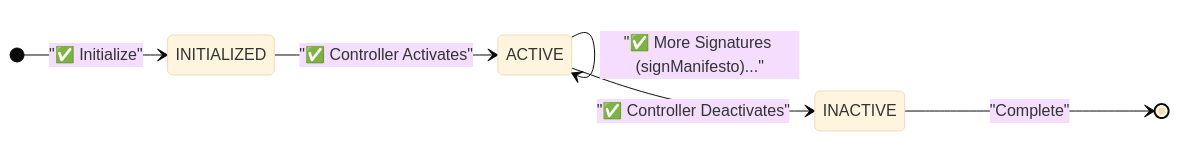
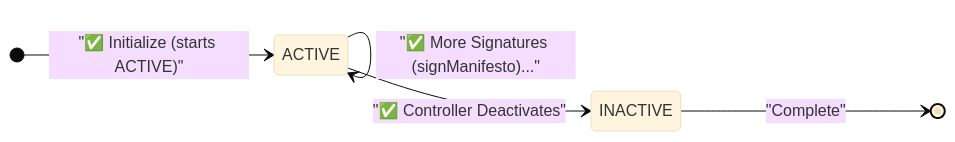
The second of 5 diagrams in lua-actor/src/tests/manifesto/manifesto.md (Consensys-Network-State/signet-execution-prototype), drawn with Mermaid (base theme) before and after one commit. The commit also changed other lines of this file and 7 other files, not shown here.

````diff
--- a/lua-actor/src/tests/manifesto/manifesto.md
+++ b/lua-actor/src/tests/manifesto/manifesto.md
@@ -38,11 +37,10 @@
 ```mermaid
 stateDiagram-v2
     direction LR
-    [*] --> INITIALIZED: "✅ Initialize"
-    INITIALIZED --> ACTIVE: "✅ Controller Activates"
+    [*] --> ACTIVE: "✅ Initialize (starts ACTIVE)"
     ACTIVE --> ACTIVE: "✅ Alice Signs (signManifesto)"
     ACTIVE --> ACTIVE: "✅ Bob Signs (signManifesto)"
     ACTIVE --> ACTIVE: "✅ More Signatures (signManifesto)..."
     ACTIVE --> INACTIVE: "✅ Controller Deactivates"
     INACTIVE --> [*]: "Complete"
 ```
````
